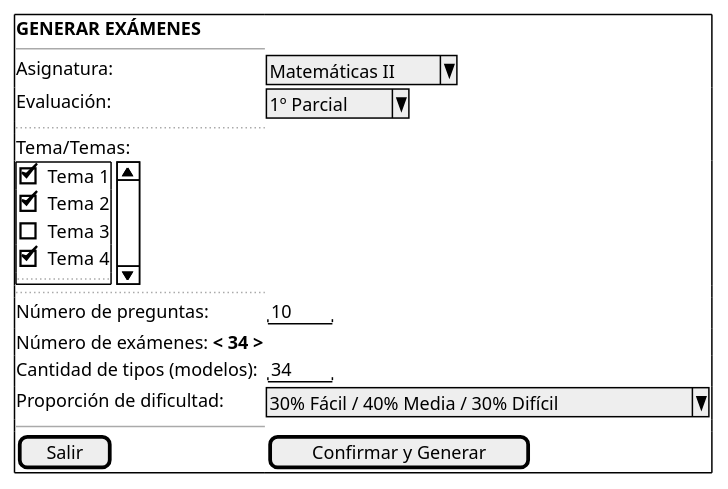
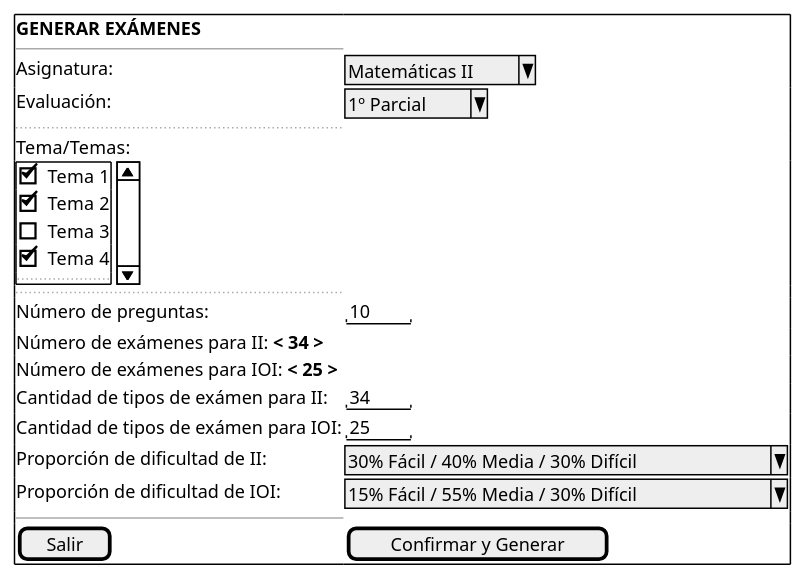
Before and after one commit to martinlopez7/25-26-IdSw1-SdR: the diagram in documents/casos-de-uso/prototipadoCasosDeUso/generarExamenes/generarExamenesConfirmacion.puml, drawn with PlantUML. The commit also changed 11 other files, not shown here.

```diff
--- a/documents/casos-de-uso/prototipadoCasosDeUso/generarExamenes/generarExamenesConfirmacion.puml
+++ b/documents/casos-de-uso/prototipadoCasosDeUso/generarExamenes/generarExamenesConfirmacion.puml
@@ -1,28 +1,31 @@
 @startsalt
 {+
   <b>GENERAR EXÁMENES</b>
   --
   Asignatura: | ^Matemáticas II^
   Evaluación: | ^1º Parcial^
   ..
   
   Tema/Temas:
   {SI
     [X] Tema 1
     [X] Tema 2
     [ ] Tema 3
     [X] Tema 4
     ...
   }
   
   ..
   Número de preguntas:       | "10   "
-  Número de exámenes: **< 34 >**
-  Cantidad de tipos (modelos): | "34   "
-  Proporción de dificultad:    | ^30% Fácil / 40% Media / 30% Difícil^
+  Número de exámenes para II: **< 34 >**
+  Número de exámenes para IOI: **< 25 >**
+  Cantidad de tipos de exámen para II: | "34   "
+  Cantidad de tipos de exámen para IOI: | "25   "
+  Proporción de dificultad de II:    | ^30% Fácil / 40% Media / 30% Difícil^
+  Proporción de dificultad de IOI:    | ^15% Fácil / 55% Media / 30% Difícil^
   
   --
   
   [ Salir ] | [ Confirmar y Generar ]
 }
 @endsalt
```
